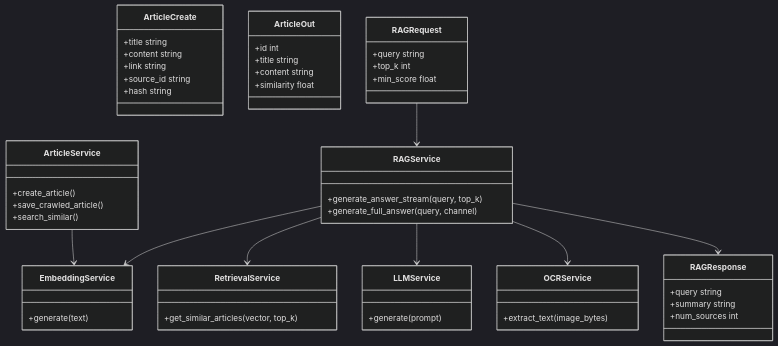
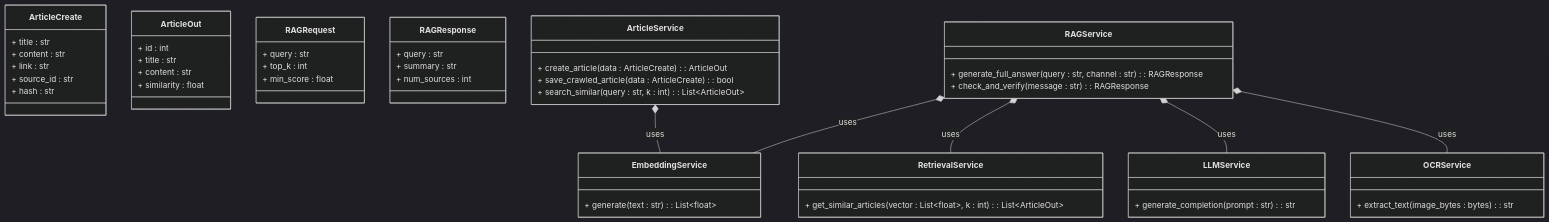
The fifth of 9 diagrams in ai-service/docs/Chapitre_3_Redaction.md (rooneyi/rdc-news-intelligence), drawn with Mermaid (dark theme) before and after one commit. The commit also changed other lines of this file and 19 other files, not shown here.

````diff
--- a/ai-service/docs/Chapitre_3_Redaction.md
+++ b/ai-service/docs/Chapitre_3_Redaction.md
@@ -149,64 +217,62 @@
 ```mermaid
 classDiagram
     class ArticleCreate {
-        +title string
-        +content string
-        +link string
-        +source_id string
-        +hash string
+        + title : str
+        + content : str
+        + link : str
+        + source_id : str
+        + hash : str
     }
 
     class ArticleOut {
-        +id int
-        +title string
-        +content string
-        +similarity float
+        + id : int
+        + title : str
+        + content : str
+        + similarity : float
     }
 
     class RAGRequest {
-        +query string
-        +top_k int
-        +min_score float
+        + query : str
+        + top_k : int
+        + min_score : float
     }
 
     class RAGResponse {
-        +query string
-        +summary string
-        +num_sources int
+        + query : str
+        + summary : str
+        + num_sources : int
     }
 
     class ArticleService {
-        +create_article()
-        +save_crawled_article()
-        +search_similar()
+        + create_article(data : ArticleCreate) : ArticleOut
+        + save_crawled_article(data : ArticleCreate) : bool
+        + search_similar(query : str, k : int) : List~ArticleOut~
     }
 
     class EmbeddingService {
-        +generate(text)
+        + generate(text : str) : List~float~
     }
 
     class RetrievalService {
-        +get_similar_articles(vector, top_k)
+        + get_similar_articles(vector : List~float~, k : int) : List~ArticleOut~
     }
 
     class RAGService {
-        +generate_answer_stream(query, top_k)
-        +generate_full_answer(query, channel)
+        + generate_full_answer(query : str, channel : str) : RAGResponse
+        + check_and_verify(message : str) : RAGResponse
     }
 
     class LLMService {
-        +generate(prompt)
+        + generate_completion(prompt : str) : str
     }
 
     class OCRService {
-        +extract_text(image_bytes)
+        + extract_text(image_bytes : bytes) : str
     }
 
-    ArticleService --> EmbeddingService
-    RAGService --> EmbeddingService
-    RAGService --> RetrievalService
-    RAGService --> LLMService
-    RAGService --> OCRService
-    RAGRequest --> RAGService
-    RAGService --> RAGResponse
+    ArticleService *-- EmbeddingService : uses
+    RAGService *-- EmbeddingService : uses
+    RAGService *-- RetrievalService : uses
+    RAGService *-- LLMService : uses
+    RAGService *-- OCRService : uses
 ```
````
